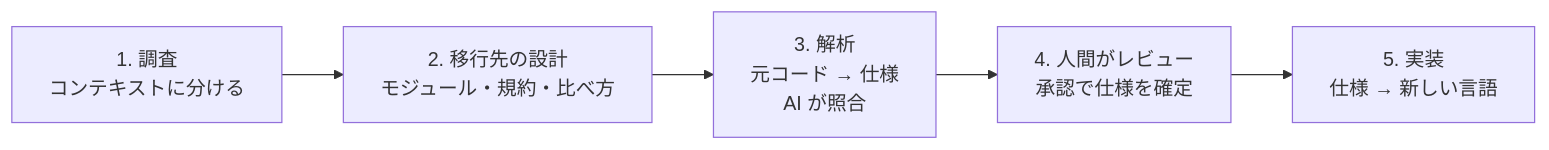
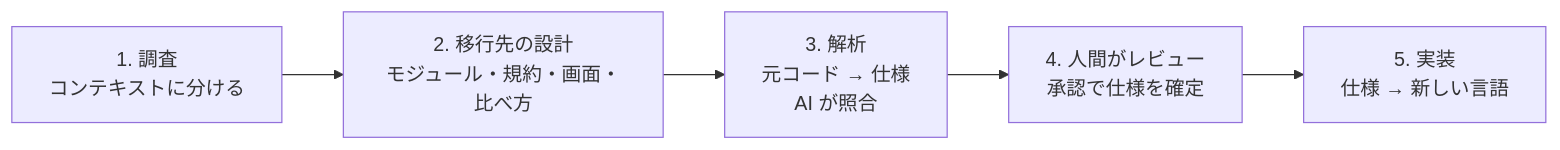
The diagram in README.md (umauma00/spec-relay), drawn with Mermaid before and after one commit. The commit also changed other lines of this file and 24 other files, not shown here.

````diff
--- a/README.md
+++ b/README.md
@@ -9,4 +9,4 @@
 ```mermaid
 flowchart LR
-  S[1. 調査<br/>コンテキストに分ける] --> D[2. 移行先の設計<br/>モジュール・規約・比べ方] --> A[3. 解析<br/>元コード → 仕様<br/>AI が照合] --> B[4. 人間がレビュー<br/>承認で仕様を確定] --> C[5. 実装<br/>仕様 → 新しい言語]
+  S[1. 調査<br/>コンテキストに分ける] --> D[2. 移行先の設計<br/>モジュール・規約・画面・比べ方] --> A[3. 解析<br/>元コード → 仕様<br/>AI が照合] --> B[4. 人間がレビュー<br/>承認で仕様を確定] --> C[5. 実装<br/>仕様 → 新しい言語]
 ```
````
